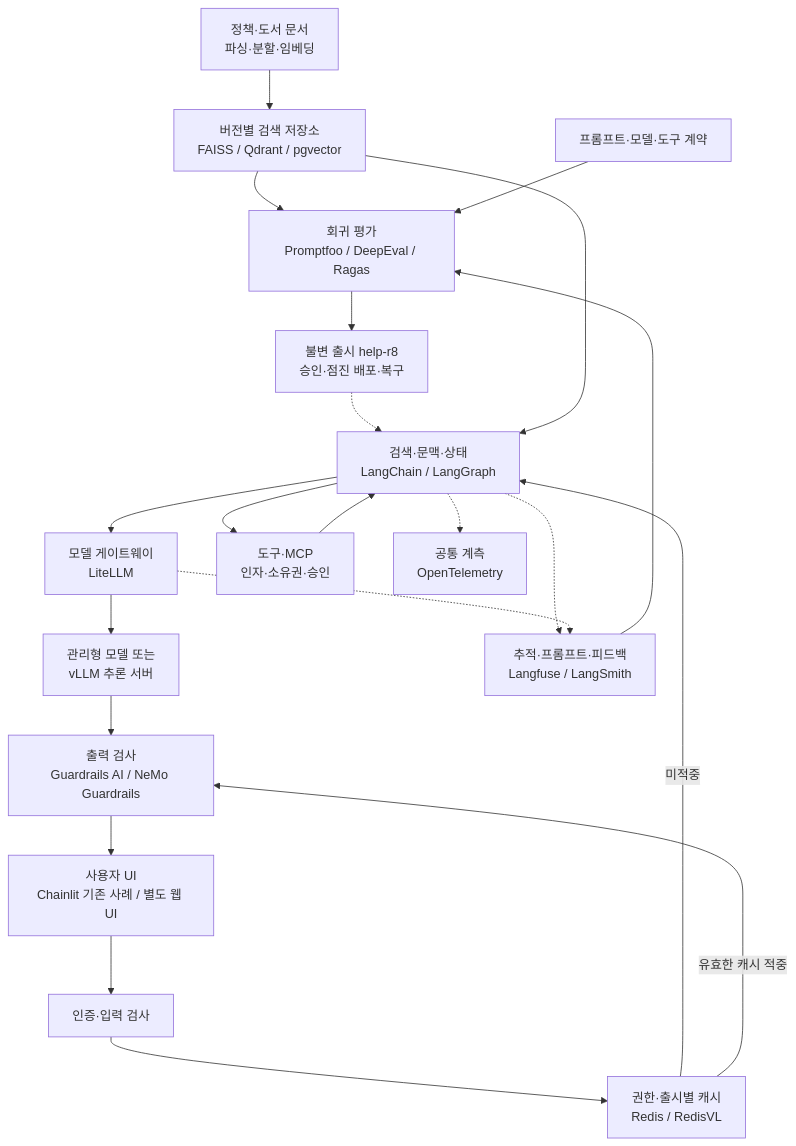
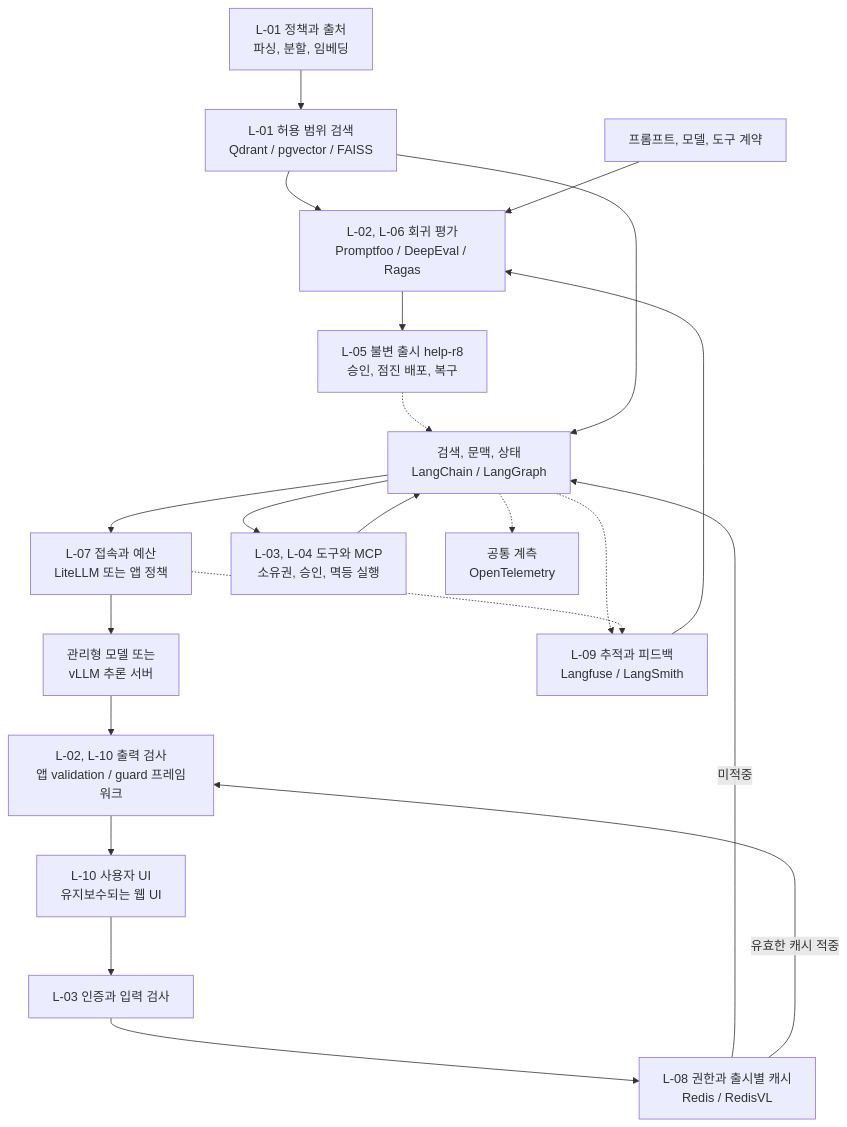
Before and after one commit to johklo/johklo.github.io: the diagram in content/docs/tech/llmops/_index.md, drawn with Mermaid. The commit also changed other lines of this file and 32 other files, not shown here.

````diff
--- a/content/docs/tech/llmops/_index.md
+++ b/content/docs/tech/llmops/_index.md
@@ -32,25 +80,25 @@
 ```mermaid
 flowchart TD
     accTitle: Bookway LLMOps 구축과 온라인 운영
     accDescr: 문서를 버전별로 색인하고 평가된 검색과 프롬프트를 출시한다. 온라인 요청은 인증, 캐시, 검색, 모델 게이트웨이와 도구 실행을 거치며 추적과 피드백이 다음 평가로 이어진다.
-    D["정책·도서 문서<br/>파싱·분할·임베딩"] --> V["버전별 검색 저장소<br/>FAISS / Qdrant / pgvector"]
-    V --> E["회귀 평가<br/>Promptfoo / DeepEval / Ragas"]
-    P["프롬프트·모델·도구 계약"] --> E
-    E --> R["불변 출시 help-r8<br/>승인·점진 배포·복구"]
-    U["사용자 UI<br/>Chainlit 기존 사례 / 별도 웹 UI"] --> A["인증·입력 검사"]
-    A --> C["권한·출시별 캐시<br/>Redis / RedisVL"]
-    C -->|"미적중"| W["검색·문맥·상태<br/>LangChain / LangGraph"]
+    D["L-01 정책과 출처<br/>파싱, 분할, 임베딩"] --> V["L-01 허용 범위 검색<br/>Qdrant / pgvector / FAISS"]
+    V --> E["L-02, L-06 회귀 평가<br/>Promptfoo / DeepEval / Ragas"]
+    P["프롬프트, 모델, 도구 계약"] --> E
+    E --> R["L-05 불변 출시 help-r8<br/>승인, 점진 배포, 복구"]
+    U["L-10 사용자 UI<br/>유지보수되는 웹 UI"] --> A["L-03 인증과 입력 검사"]
+    A --> C["L-08 권한과 출시별 캐시<br/>Redis / RedisVL"]
+    C -->|"미적중"| W["검색, 문맥, 상태<br/>LangChain / LangGraph"]
     C -->|"유효한 캐시 적중"| O
     R -.-> W
     V --> W
-    W --> G["모델 게이트웨이<br/>LiteLLM"]
+    W --> G["L-07 접속과 예산<br/>LiteLLM 또는 앱 정책"]
     G --> H["관리형 모델 또는<br/>vLLM 추론 서버"]
-    W --> T["도구·MCP<br/>인자·소유권·승인"]
-    H --> O["출력 검사<br/>Guardrails AI / NeMo Guardrails"]
+    W --> T["L-03, L-04 도구와 MCP<br/>소유권, 승인, 멱등 실행"]
+    H --> O["L-02, L-10 출력 검사<br/>앱 validation / guard 프레임워크"]
     T --> W
     O --> U
-    W -.-> L["추적·프롬프트·피드백<br/>Langfuse / LangSmith"]
+    W -.-> L["L-09 추적과 피드백<br/>Langfuse / LangSmith"]
     G -.-> L
     W -.-> OT["공통 계측<br/>OpenTelemetry"]
     L --> E
 ```
````
